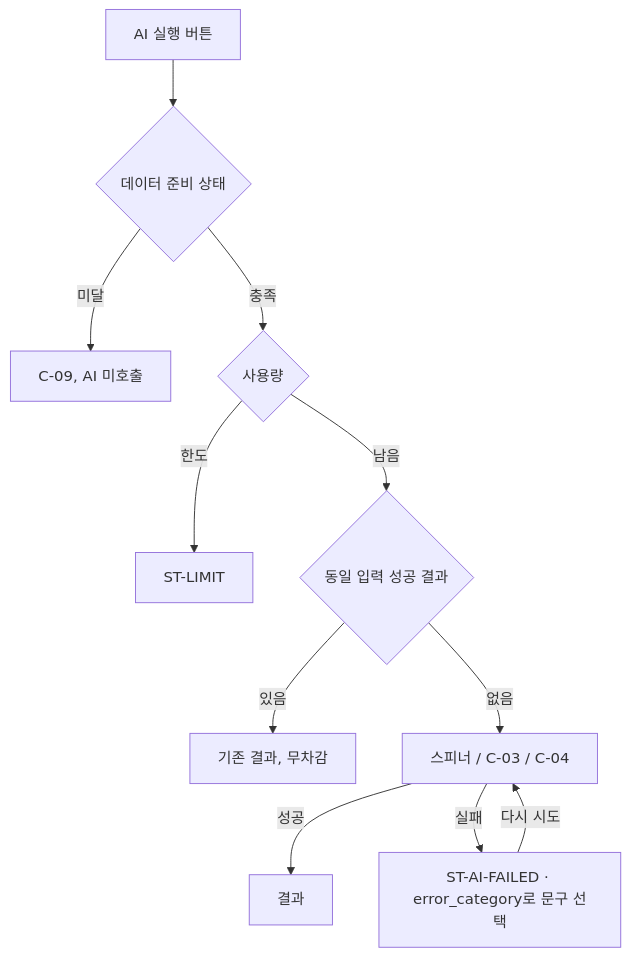
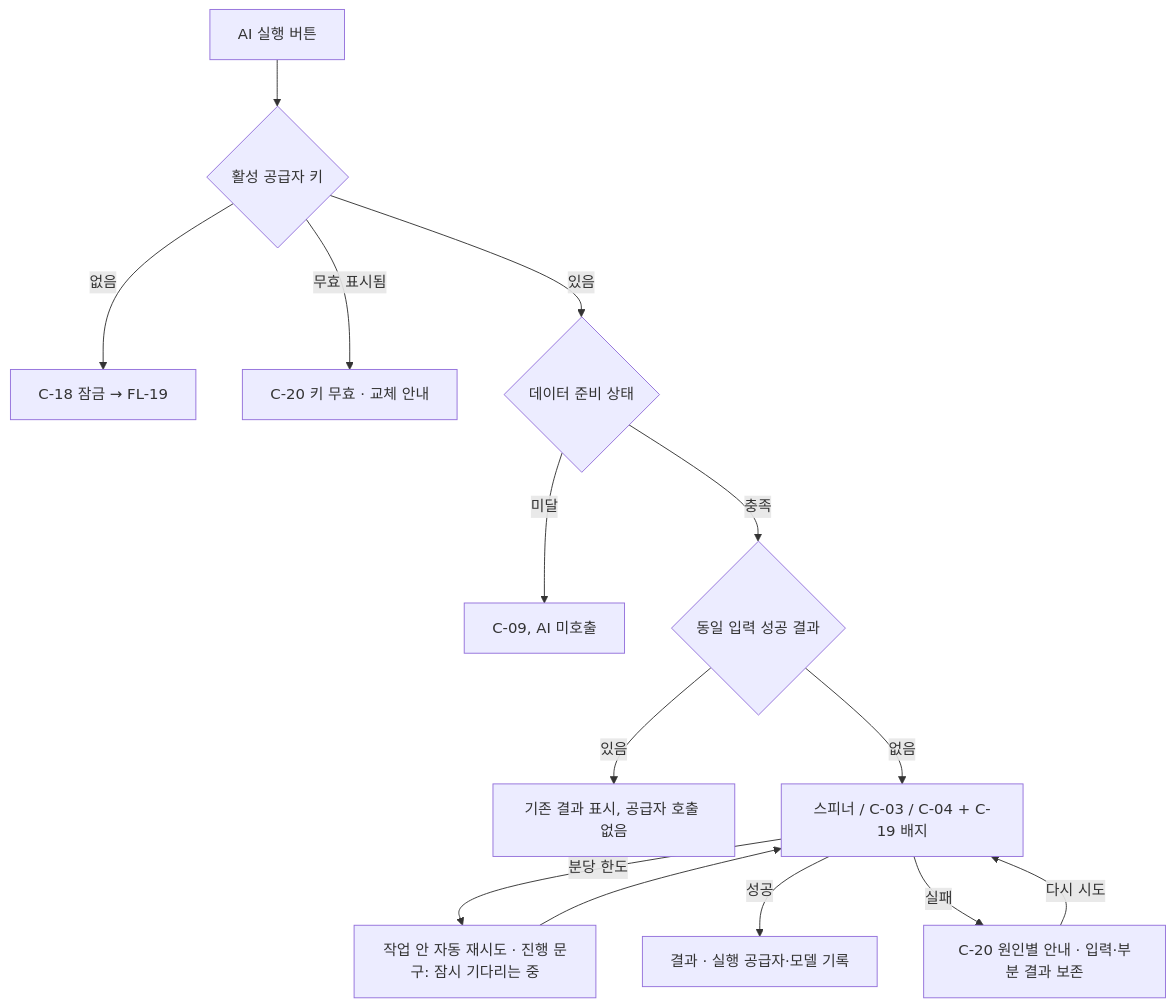
Before and after one commit to j-hyunn/resumate: diagram 15 of 19 in _workspace/02_ux-planner_flows.md, drawn with Mermaid. The commit also changed other lines of this file and 11 other files, not shown here.

````diff
--- a/_workspace/02_ux-planner_flows.md
+++ b/_workspace/02_ux-planner_flows.md
@@ -462,13 +508,15 @@
 ```mermaid
 flowchart TD
-  A[AI 실행 버튼] --> B0{데이터 준비 상태}
+  A[AI 실행 버튼] --> K{활성 공급자 키}
+  K -->|없음| LK[C-18 잠금 → FL-19]
+  K -->|무효 표시됨| KV[C-20 키 무효 · 교체 안내]
+  K -->|있음| B0{데이터 준비 상태}
   B0 -->|미달| X[C-09, AI 미호출]
-  B0 -->|충족| B{사용량}
-  B -->|한도| L[ST-LIMIT]
-  B -->|남음| R{동일 입력 성공 결과}
-  R -->|있음| R1[기존 결과, 무차감]
-  R -->|없음| C[스피너 / C-03 / C-04]
-  C -->|성공| D[결과]
-  C -->|실패| E[ST-AI-FAILED · error_category로 문구 선택]
+  B0 -->|충족| R{동일 입력 성공 결과}
+  R -->|있음| R1[기존 결과 표시, 공급자 호출 없음]
+  R -->|없음| C[스피너 / C-03 / C-04 + C-19 배지]
+  C -->|분당 한도| RT[작업 안 자동 재시도 · 진행 문구: 잠시 기다리는 중] --> C
+  C -->|성공| D[결과 · 실행 공급자·모델 기록]
+  C -->|실패| E[C-20 원인별 안내 · 입력·부분 결과 보존]
   E -->|다시 시도| C
 ```
````
